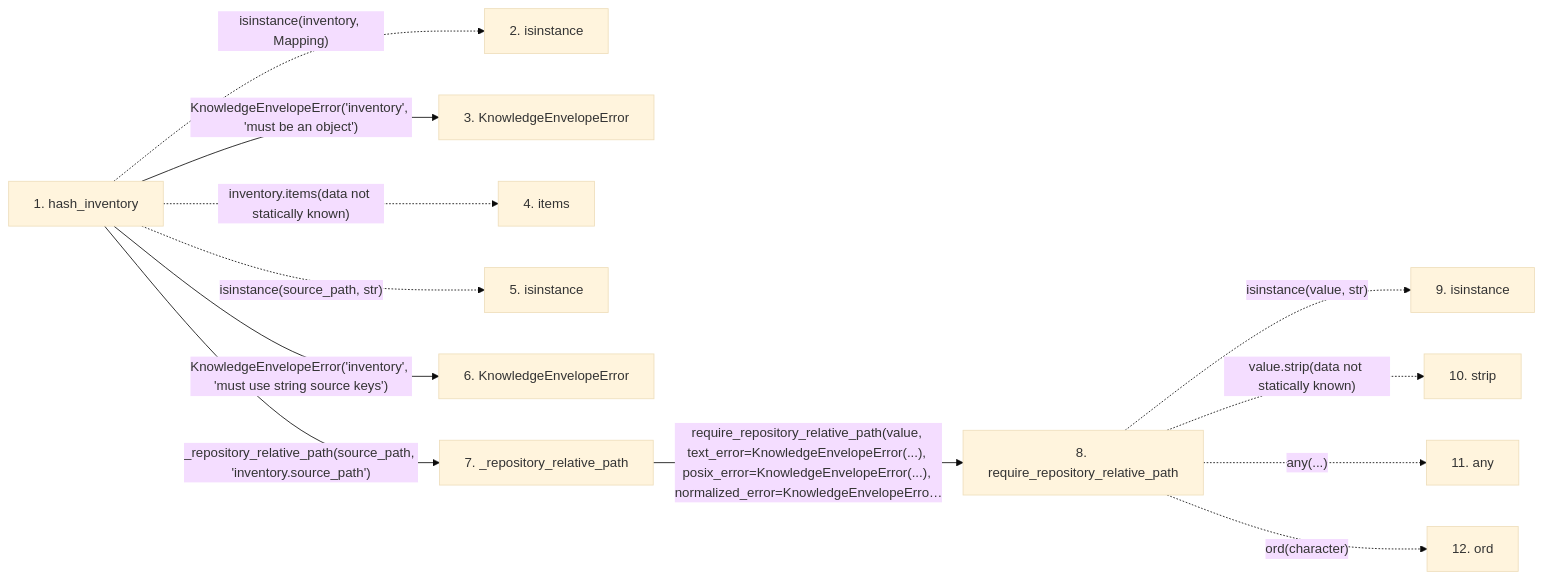
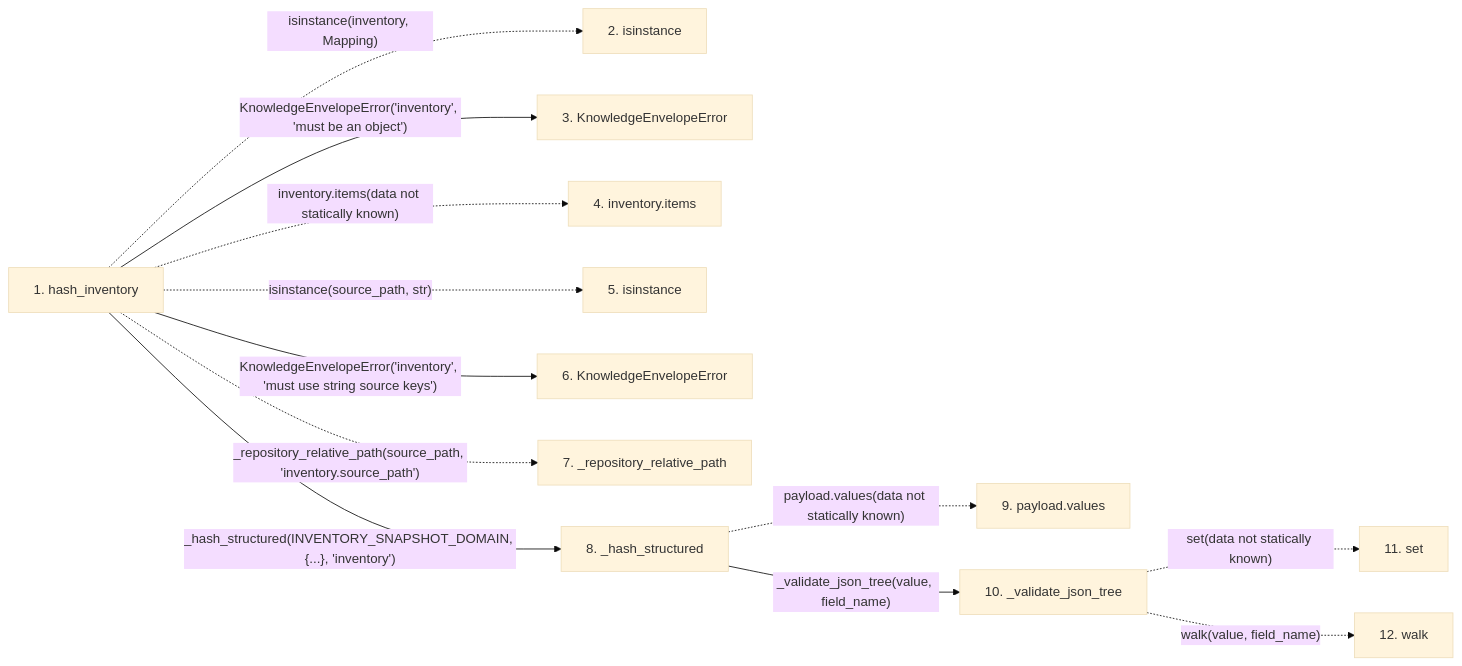
The second of 2 diagrams in docs/llm_wiki/flows/api-hash_inventory.md (Denissvgn/python-wiki-llm), drawn with Mermaid (base theme) before and after one commit. The commit also changed other lines of this file and 719 other files, not shown here.

````diff
--- a/docs/llm_wiki/flows/api-hash_inventory.md
+++ b/docs/llm_wiki/flows/api-hash_inventory.md
@@ -69,31 +53,31 @@
 ```mermaid
 flowchart LR
     s1["1. hash_inventory"]
     s2["2. isinstance"]
     s3["3. KnowledgeEnvelopeError"]
-    s4["4. items"]
+    s4["4. inventory.items"]
     s5["5. isinstance"]
     s6["6. KnowledgeEnvelopeError"]
     s7["7. _repository_relative_path"]
-    s8["8. require_repository_relative_path"]
-    s9["9. isinstance"]
-    s10["10. strip"]
-    s11["11. any"]
-    s12["12. ord"]
+    s8["8. _hash_structured"]
+    s9["9. payload.values"]
+    s10["10. _validate_json_tree"]
+    s11["11. set"]
+    s12["12. walk"]
     s1 -. "isinstance(inventory, Mapping)" .-> s2
     s1 -->|"KnowledgeEnvelopeError('inventory', 'must be an object')"| s3
     s1 -. "inventory.items(data not statically known)" .-> s4
     s1 -. "isinstance(source_path, str)" .-> s5
     s1 -->|"KnowledgeEnvelopeError('inventory', 'must use string source keys')"| s6
-    s1 -->|"_repository_relative_path(source_path, 'inventory.source_path')"| s7
-    s7 -->|"require_repository_relative_path(value, text_error=KnowledgeEnvelopeError(...), posix_error=KnowledgeEnvelopeError(...), normalized_error=KnowledgeEnvelopeErro…"| s8
-    s8 -. "isinstance(value, str)" .-> s9
-    s8 -. "value.strip(data not statically known)" .-> s10
-    s8 -. "any(...)" .-> s11
-    s8 -. "ord(character)" .-> s12
+    s1 -. "_repository_relative_path(source_path, 'inventory.source_path')" .-> s7
+    s1 -->|"_hash_structured(INVENTORY_SNAPSHOT_DOMAIN, {...}, 'inventory')"| s8
+    s8 -. "payload.values(data not statically known)" .-> s9
+    s8 -->|"_validate_json_tree(value, field_name)"| s10
+    s10 -. "set(data not statically known)" .-> s11
+    s10 -. "walk(value, field_name)" .-> s12
     click s1 "../modules/knowledge_envelope.md"
     click s3 "../modules/knowledge_envelope.md"
     click s6 "../modules/knowledge_envelope.md"
-    click s7 "../modules/knowledge_envelope.md"
-    click s8 "../modules/validation.md"
+    click s8 "../modules/knowledge_envelope.md"
+    click s10 "../modules/knowledge_envelope.md"
 ```
````
